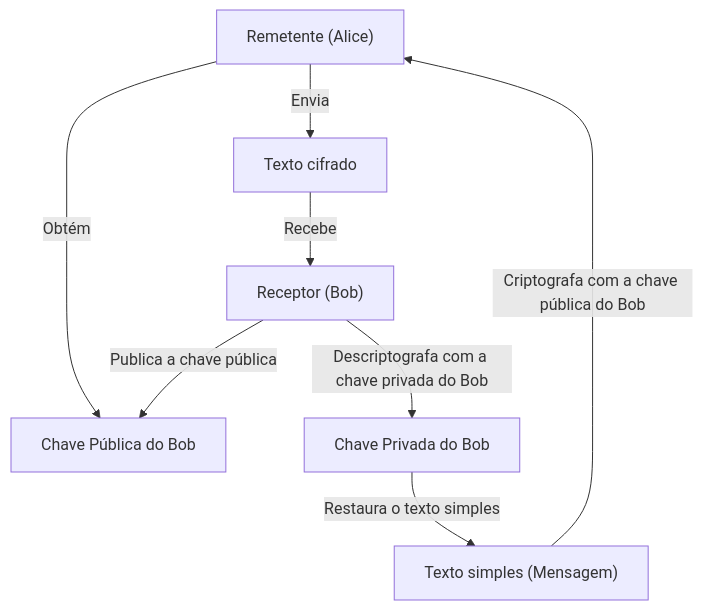
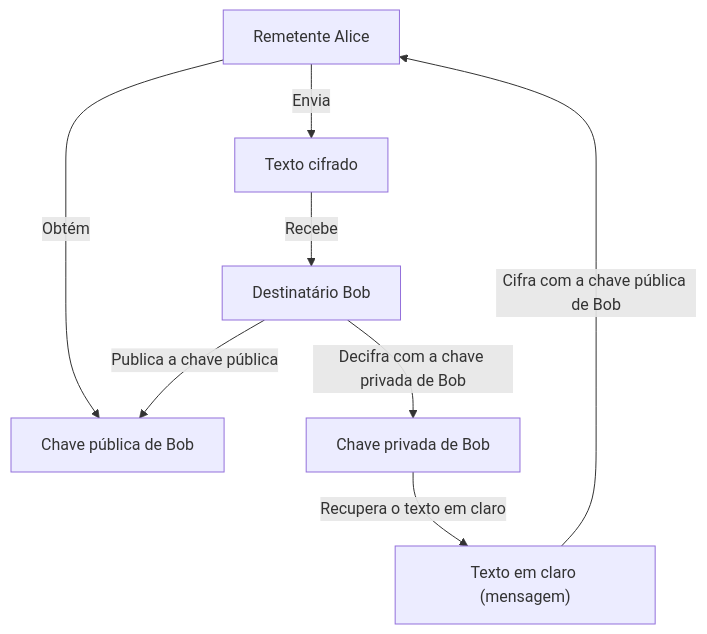
One commit to kenjinote/blog changed the first of 3 diagrams in content/post/modern-cryptography-public-key-hash-signature/index.pt.md. Above: the diagram before and after it, drawn with Mermaid. The commit also changed other lines of this file and 5 other files, not shown here.

````diff
--- a/content/post/modern-cryptography-public-key-hash-signature/index.pt.md
+++ b/content/post/modern-cryptography-public-key-hash-signature/index.pt.md
@@ -37,17 +36,16 @@
 ```mermaid
 graph TD
-    A["Remetente (Alice)"]
-    B["Receptor (Bob)"]
-    K_Pub["Chave Pública do Bob"]
-    K_Priv["Chave Privada do Bob"]
-    P["Texto simples (Mensagem)"]
+    A["Remetente Alice"]
+    B["Destinatário Bob"]
+    K_Pub["Chave pública de Bob"]
+    K_Priv["Chave privada de Bob"]
+    P["Texto em claro (mensagem)"]
     C["Texto cifrado"]
-
     B -->|"Publica a chave pública"| K_Pub
     A -->|"Obtém"| K_Pub
-    P -->|"Criptografa com a chave pública do Bob"| A
+    P -->|"Cifra com a chave pública de Bob"| A
     A -->|"Envia"| C
     C -->|"Recebe"| B
-    B -->|"Descriptografa com a chave privada do Bob"| K_Priv
-    K_Priv -->|"Restaura o texto simples"| P
+    B -->|"Decifra com a chave privada de Bob"| K_Priv
+    K_Priv -->|"Recupera o texto em claro"| P
 ```
````
